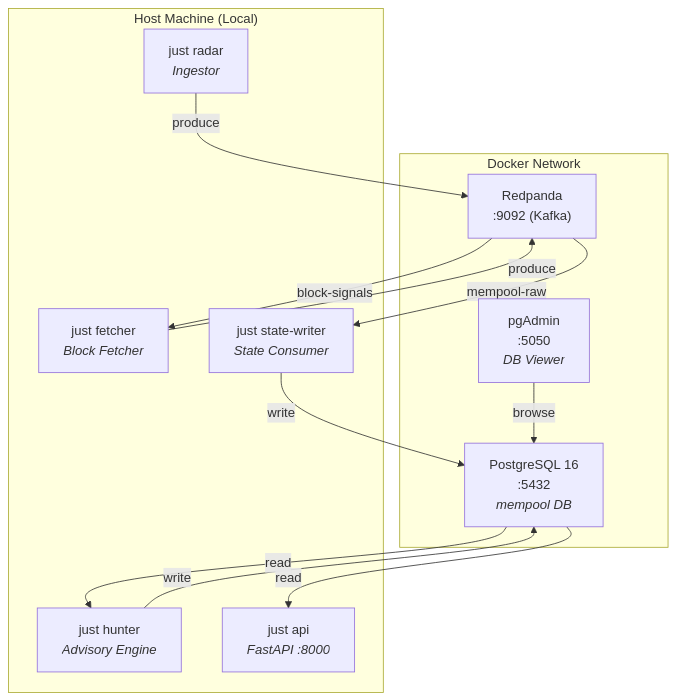
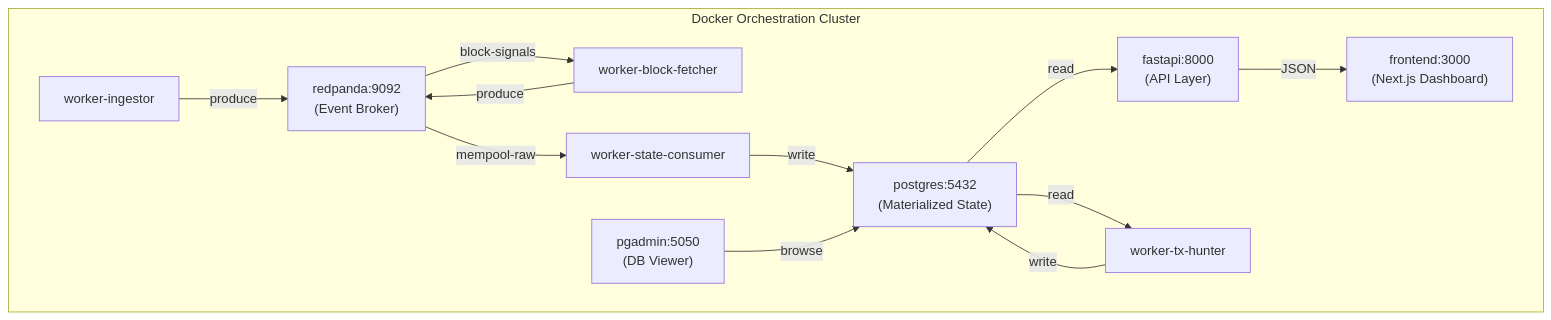
One commit to ieshatchuell/mempool-orchestrator changed the ninth of 9 diagrams in docs/architecture.md. Above: the diagram before and after it, drawn with Mermaid. The commit also changed 21 other files, not shown here.

````diff
--- a/docs/architecture.md
+++ b/docs/architecture.md
@@ -311,26 +311,25 @@
 ```mermaid
 graph TB
-    subgraph "Docker Network"
-        RP["Redpanda<br/>:9092 (Kafka)"]
-        PG["PostgreSQL 16<br/>:5432<br/><i>mempool DB</i>"]
-        PGA["pgAdmin<br/>:5050<br/><i>DB Viewer</i>"]
-    end
-
-    subgraph "Host Machine (Local)"
-        ING["just radar<br/><i>Ingestor</i>"]
-        BF["just fetcher<br/><i>Block Fetcher</i>"]
-        SC["just state-writer<br/><i>State Consumer</i>"]
-        HUN["just hunter<br/><i>Advisory Engine</i>"]
-        API["just api<br/><i>FastAPI :8000</i>"]
+    subgraph "Docker Orchestration Cluster"
+        RP["redpanda:9092<br/>(Event Broker)"]
+        PG["postgres:5432<br/>(Materialized State)"]
+        PGA["pgadmin:5050<br/>(DB Viewer)"]
+        ING["worker-ingestor"]
+        BF["worker-block-fetcher"]
+        SC["worker-state-consumer"]
+        HUN["worker-tx-hunter"]
+        API["fastapi:8000<br/>(API Layer)"]
+        UI["frontend:3000<br/>(Next.js Dashboard)"]
     end
 
     ING -->|"produce"| RP
     RP -->|"block-signals"| BF
     BF -->|"produce"| RP
     RP -->|"mempool-raw"| SC
     SC -->|"write"| PG
     PG -->|"read"| API
     PG -->|"read"| HUN
     HUN -->|"write"| PG
     PGA -->|"browse"| PG
+    API -->|"JSON"| UI
 ```
````
